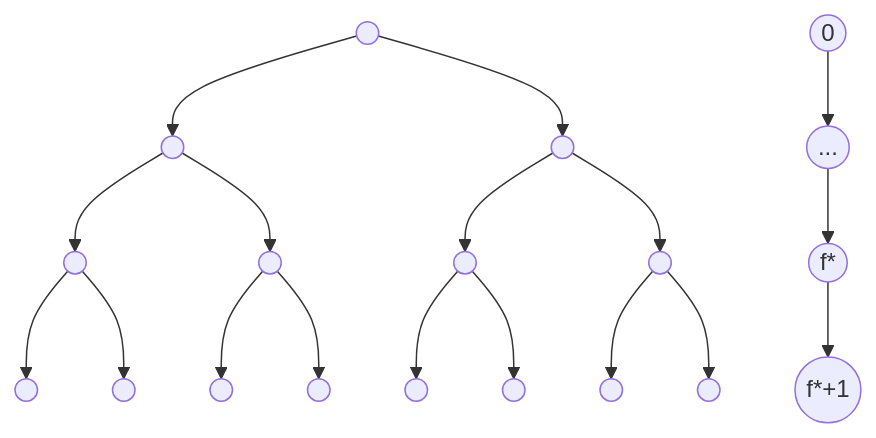
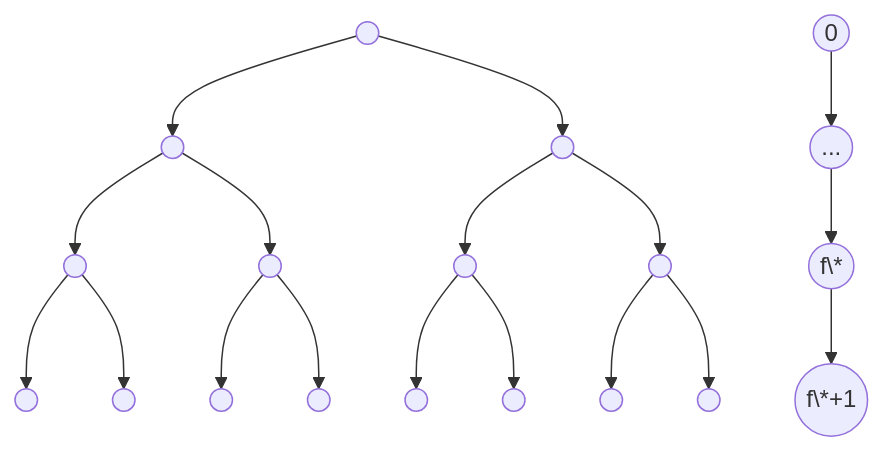
The diagram in posts/general_divide_and_conquer.md (Cogno-Marco/blog), drawn with Mermaid before and after one commit. The commit also changed other lines of this file, not shown here.

````diff
--- a/posts/general_divide_and_conquer.md
+++ b/posts/general_divide_and_conquer.md
@@ -93,23 +93,23 @@
 ```mermaid
 flowchart TD
     id1(( )) --> id2(( ))
     id1(( )) --> id3(( ))
     
     id2(( )) --> id4(( ))
     id2(( )) --> id5(( ))
     id3(( )) --> id6(( ))
     id3(( )) --> id7(( ))
     
     id4(( )) --> id8(( ))
     id4(( )) --> id9(( ))
     id5(( )) --> id10(( ))
     id5(( )) --> id11(( ))
     id6(( )) --> id12(( ))
     id6(( )) --> id13(( ))
     id7(( )) --> id14(( ))
     id7(( )) --> id15(( ))
     
     id16((0)) --> id17(( ))
     id17((...)) --> id18(( ))
-    id18((f*)) --> id19((f*+1))
+    id18((f\*)) --> id19((f\*+1))
 ```
````
